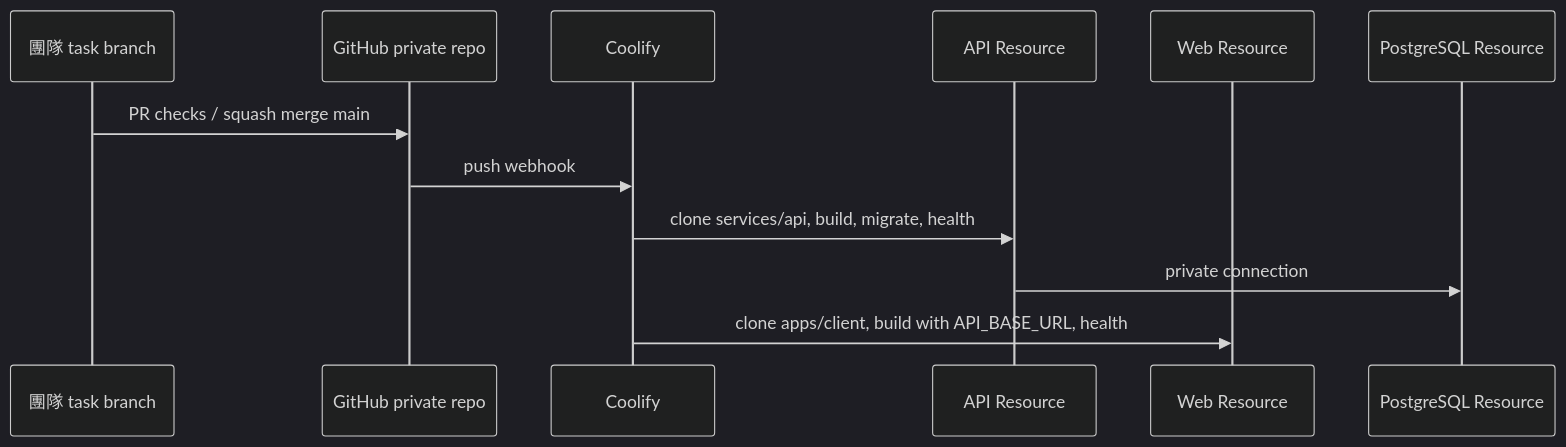
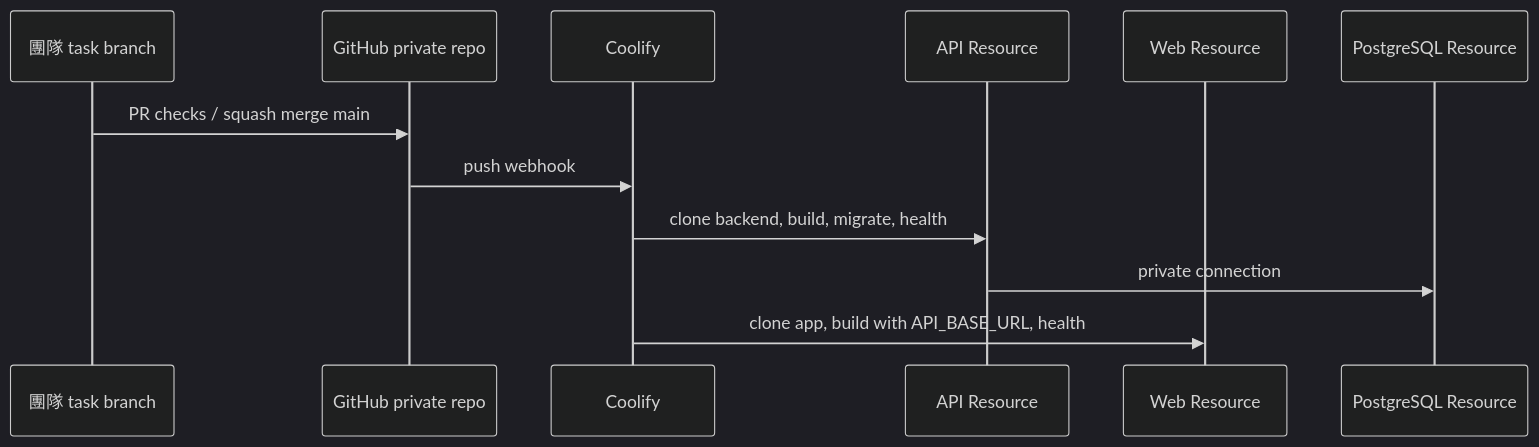
Before and after one commit to Sutdents-Project-Hub/FutureMint_AI: the diagram in docs/hosting-resources.md, drawn with Mermaid (dark theme). The commit also changed other lines of this file and 204 other files, not shown here.

````diff
--- a/docs/hosting-resources.md
+++ b/docs/hosting-resources.md
@@ -42,14 +42,14 @@
 ```mermaid
 sequenceDiagram
     participant Dev as 團隊 task branch
     participant GH as GitHub private repo
     participant C as Coolify
     participant API as API Resource
     participant WEB as Web Resource
     participant DB as PostgreSQL Resource
     Dev->>GH: PR checks / squash merge main
     GH->>C: push webhook
-    C->>API: clone services/api, build, migrate, health
+    C->>API: clone backend, build, migrate, health
     API->>DB: private connection
-    C->>WEB: clone apps/client, build with API_BASE_URL, health
+    C->>WEB: clone app, build with API_BASE_URL, health
 ```
````
